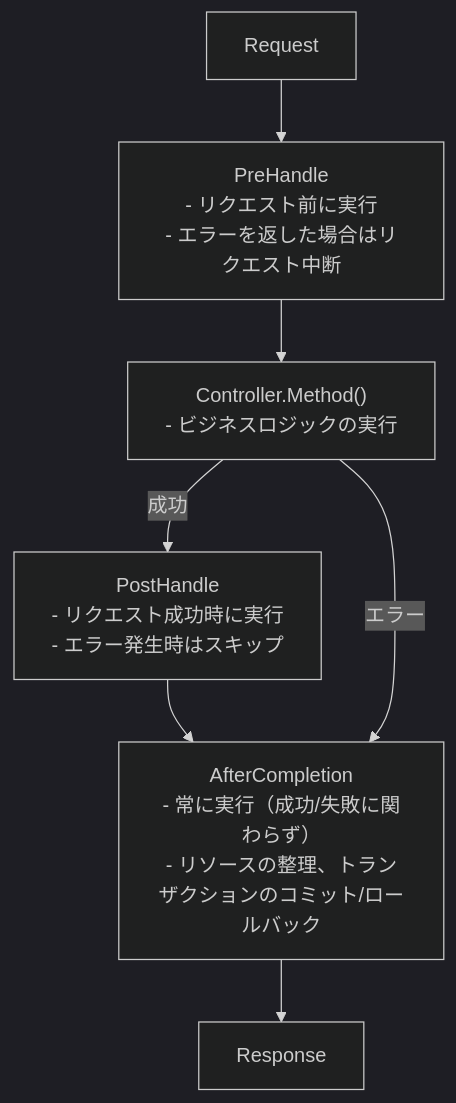
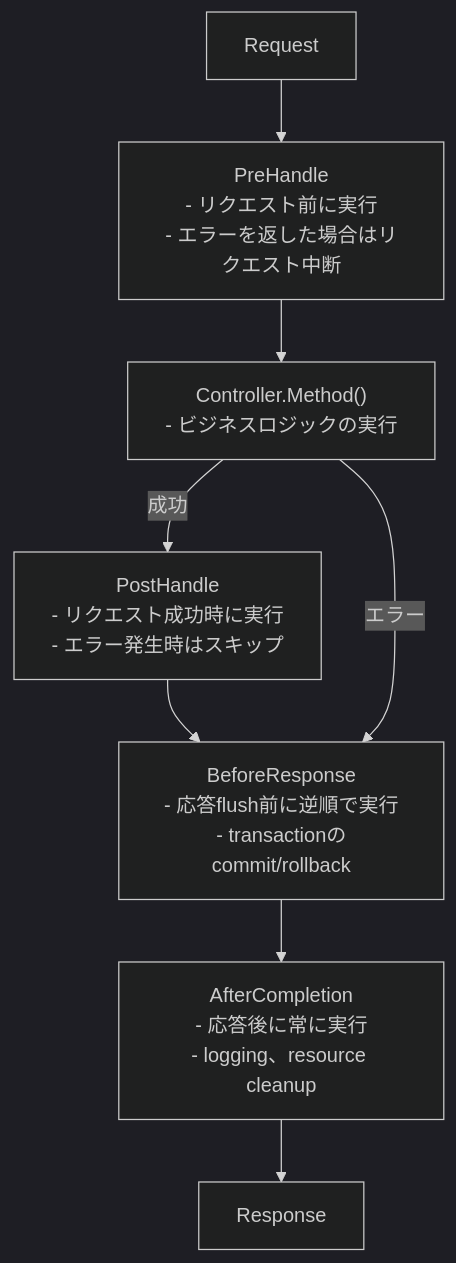
The diagram in docs/ja/learn/tutorial/4-interceptor.md (NARUBROWN/spine-site), drawn with Mermaid (dark theme) before and after one commit. The commit also changed other lines of this file and 102 other files, not shown here.

````diff
--- a/docs/ja/learn/tutorial/4-interceptor.md
+++ b/docs/ja/learn/tutorial/4-interceptor.md
@@ -19,15 +19,16 @@
 ```mermaid
 graph TD
     Request
     Request --> Pre["PreHandle<br/>- リクエスト前に実行<br/>- エラーを返した場合はリクエスト中断"]
     
     Pre --> Controller["Controller.Method()<br/>- ビジネスロジックの実行"]
     
     Controller -- 成功 --> Post["PostHandle<br/>- リクエスト成功時に実行<br/>- エラー発生時はスキップ"]
     
-    Post --> After["AfterCompletion<br/>- 常に実行（成功/失敗に関わらず）<br/>- リソースの整理、トランザクションのコミット/ロールバック"]
+    Post --> Before["BeforeResponse<br/>- 応答flush前に逆順で実行<br/>- transactionのcommit/rollback"]
     
-    Controller -- エラー --> After
+    Controller -- エラー --> Before
+    Before --> After["AfterCompletion<br/>- 応答後に常に実行<br/>- logging、resource cleanup"]
     
     After --> Response
 ```
````
